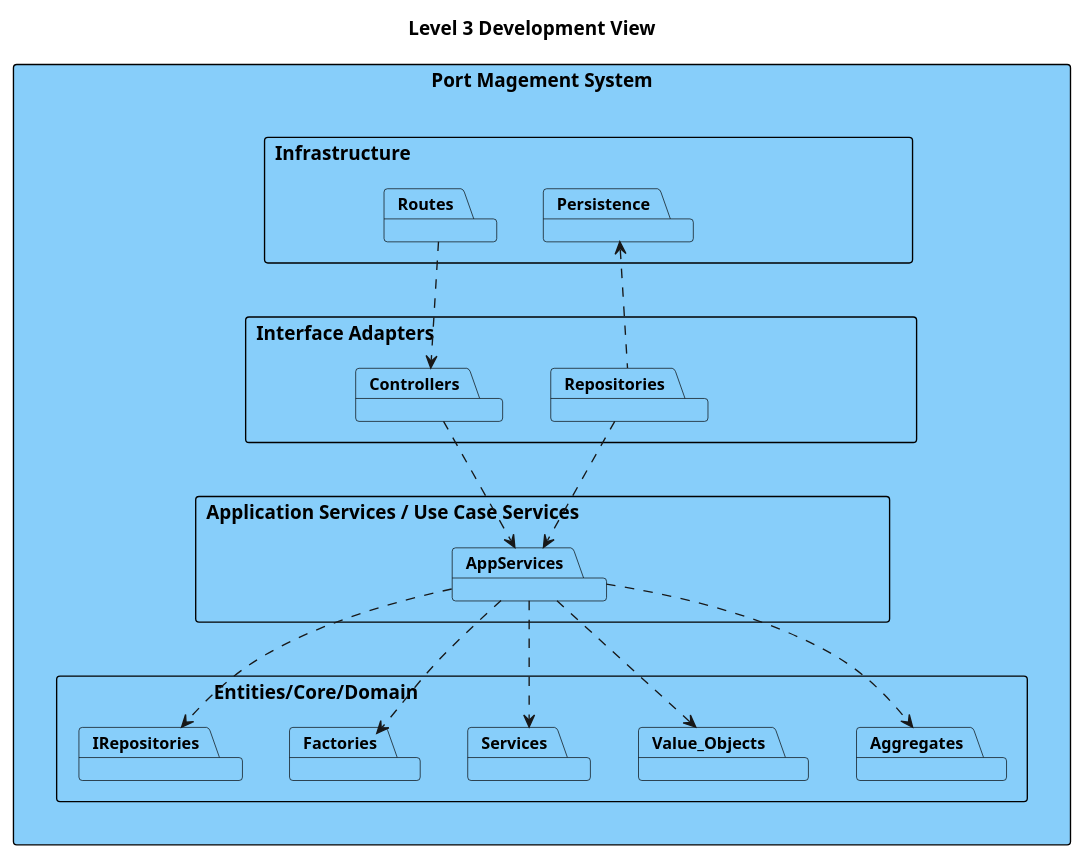
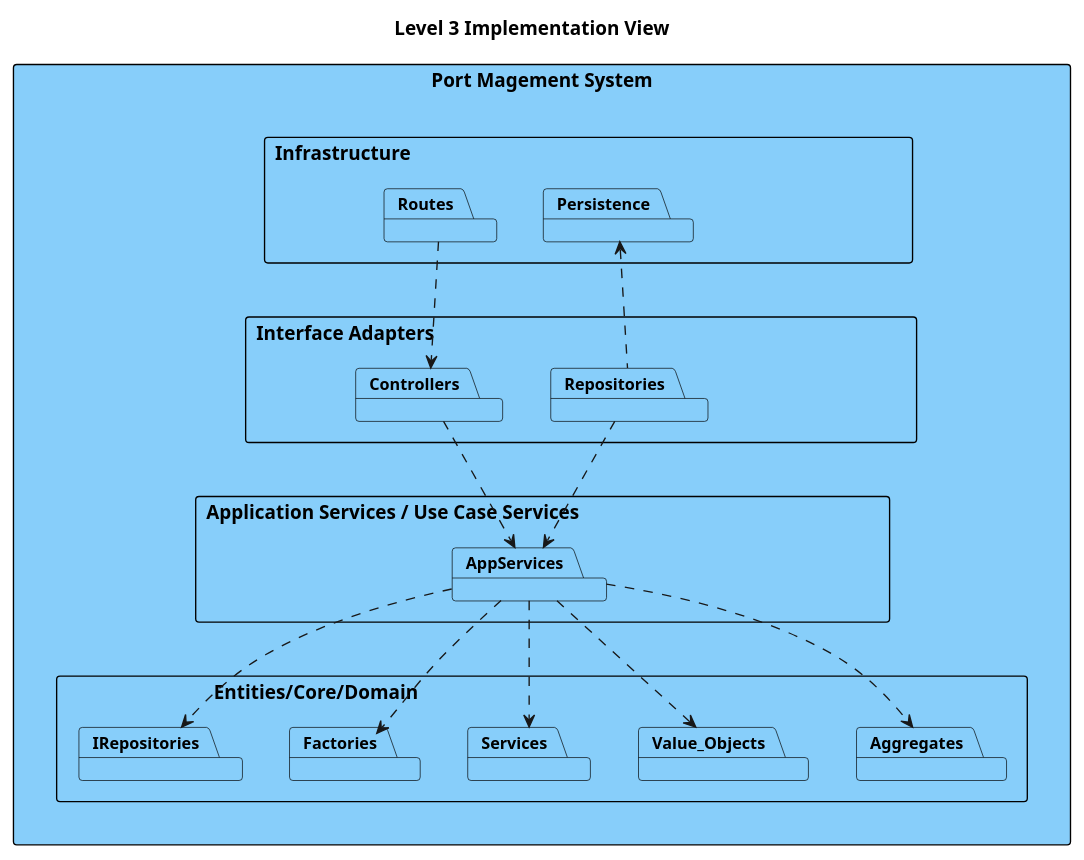
The diagram in docs/sprint1/level3/implementation_view/implementation_view.puml (Departamento-de-Engenharia-Informatica/LEI-SEM5-PI-2025-26-3DK-04), drawn with PlantUML before and after one commit. The commit also changed 1 other file, not shown here.

Commit message:
level 3 implementation view diagram minor fix

```diff
--- a/docs/sprint1/level3/implementation_view/implementation_view.puml
+++ b/docs/sprint1/level3/implementation_view/implementation_view.puml
@@ -1,61 +1,61 @@
 @startuml
-title Level 3 Development View
+title Level 3 Implementation View
 
 skinparam packageStyle rectangle
 skinparam package {
   BackgroundColor #87cefaff
   BorderColor #000000
   FontSize 12
 }
 skinparam rectangle {
   BackgroundColor #87cefaff
   BorderColor #000000
 }
 
 top to bottom direction
 
 package "Port Magement System" #87cefaff {
     
     together {
         rectangle "Infrastructure                                                                                                    " as infra #87CEFA {
             package Routes
             package Persistence
         }
     }
     
     together {
         rectangle "Interface Adapters                                                                                                " as adapters #87CEFA {
             package Controllers
             package Repositories
         }
     }
     
     together {
         rectangle "Application Services / Use Case Services                                                             " as appserv #87CEFA {
             package AppServices
         }
     }
     
     together {
         rectangle "Entities/Core/Domain                                                                                            " as domain #87CEFA {
             package Aggregates
             package "Value_Objects"
             package Services
             package Factories
             package IRepositories
         }
     }
 }
 
 Routes .down.> Controllers
 Controllers .down.> AppServices
 Repositories .up.> Persistence
 Repositories .right.> AppServices
 
 AppServices .down.> Aggregates
 AppServices .down.> Value_Objects
 AppServices .down.> Services
 AppServices ..> IRepositories
 AppServices ..> Factories
 
 @enduml
```
